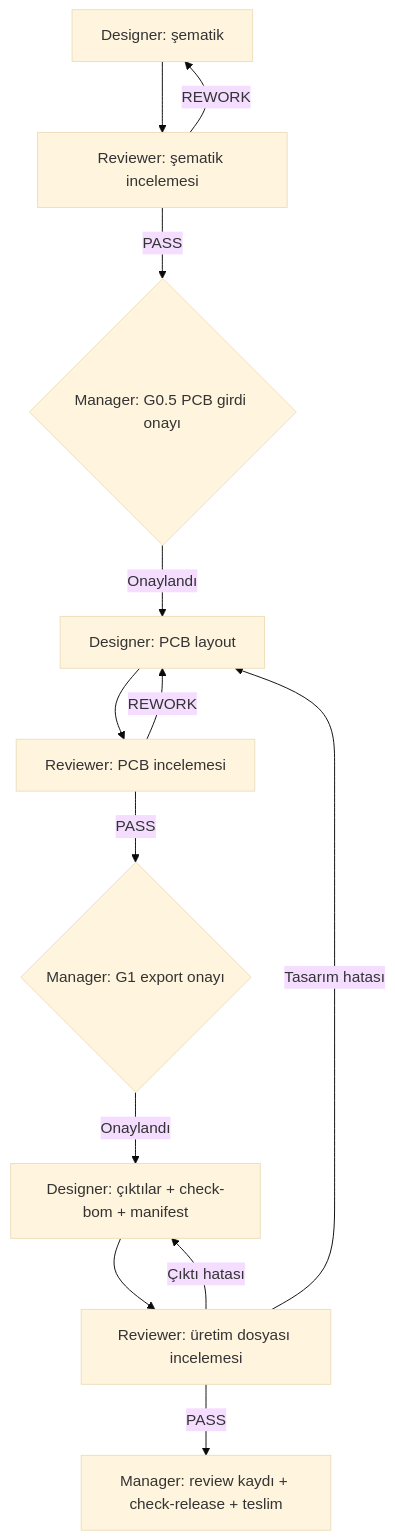
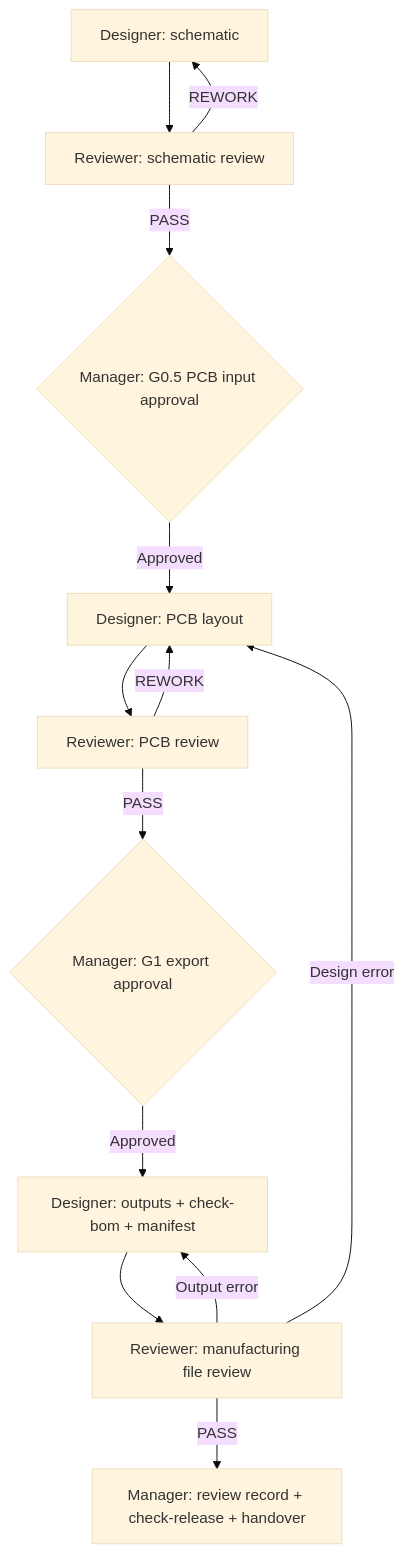
The diagram in Hardware-Roles.md (d0ukan/ai-hw-designer), drawn with Mermaid (base theme) before and after one commit. The commit also changed other lines of this file and 53 other files, not shown here.

````diff
--- a/Hardware-Roles.md
+++ b/Hardware-Roles.md
@@ -111,15 +111,15 @@
 ```mermaid
 flowchart TD
-    S["Designer: şematik"] --> SR["Reviewer: şematik incelemesi"]
+    S["Designer: schematic"] --> SR["Reviewer: schematic review"]
     SR -->|"REWORK"| S
-    SR -->|"PASS"| G05{"Manager: G0.5 PCB girdi onayı"}
-    G05 -->|"Onaylandı"| D["Designer: PCB layout"]
-    D --> R["Reviewer: PCB incelemesi"]
+    SR -->|"PASS"| G05{"Manager: G0.5 PCB input approval"}
+    G05 -->|"Approved"| D["Designer: PCB layout"]
+    D --> R["Reviewer: PCB review"]
     R -->|"REWORK"| D
-    R -->|"PASS"| M{"Manager: G1 export onayı"}
-    M -->|"Onaylandı"| E["Designer: çıktılar + check-bom + manifest"]
-    E --> V["Reviewer: üretim dosyası incelemesi"]
-    V -->|"Çıktı hatası"| E
-    V -->|"Tasarım hatası"| D
-    V -->|"PASS"| H["Manager: review kaydı + check-release + teslim"]
+    R -->|"PASS"| M{"Manager: G1 export approval"}
+    M -->|"Approved"| E["Designer: outputs + check-bom + manifest"]
+    E --> V["Reviewer: manufacturing file review"]
+    V -->|"Output error"| E
+    V -->|"Design error"| D
+    V -->|"PASS"| H["Manager: review record + check-release + handover"]
 ```
````
